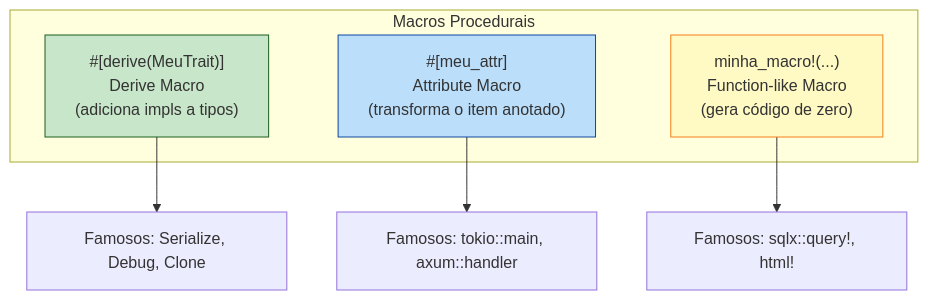
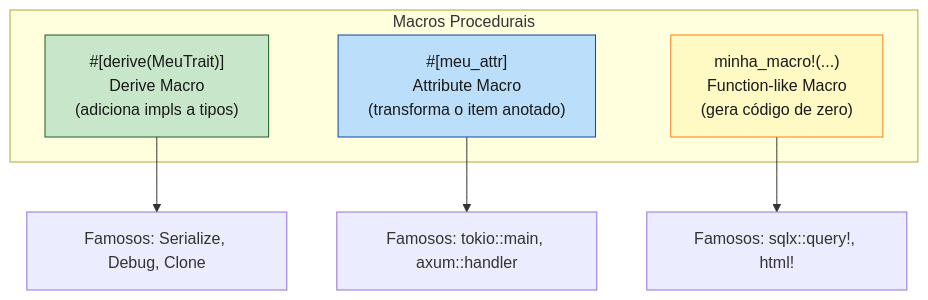
The first of 4 diagrams in book/part-14-macros/ch40-macros-procedurais.md (Felipeness/ferro-e-espirito), drawn with Mermaid before and after one commit. The commit also changed other lines of this file and 56 other files, not shown here.

First line of the commit message:
fix: contraste de texto em diagramas mermaid

````diff
--- a/book/part-14-macros/ch40-macros-procedurais.md
+++ b/book/part-14-macros/ch40-macros-procedurais.md
@@ -63,16 +63,16 @@
 ```mermaid
 graph TB
     subgraph PM [Macros Procedurais]
         A["#[derive(MeuTrait)]<br/>Derive Macro<br/>(adiciona impls a tipos)"]
         B["#[meu_attr]<br/>Attribute Macro<br/>(transforma o item anotado)"]
         C["minha_macro!(...)<br/>Function-like Macro<br/>(gera código de zero)"]
     end
 
     A --> A1[Famosos: Serialize, Debug, Clone]
     B --> B1[Famosos: tokio::main, axum::handler]
     C --> C1[Famosos: sqlx::query!, html!]
 
-    style A fill:#c8e6c9,stroke:#1b5e20
-    style B fill:#bbdefb,stroke:#0d47a1
-    style C fill:#fff9c4,stroke:#f57f17
+    style A fill:#c8e6c9,stroke:#1b5e20,color:#1a1a1a
+    style B fill:#bbdefb,stroke:#0d47a1,color:#1a1a1a
+    style C fill:#fff9c4,stroke:#f57f17,color:#1a1a1a
 ```
````
